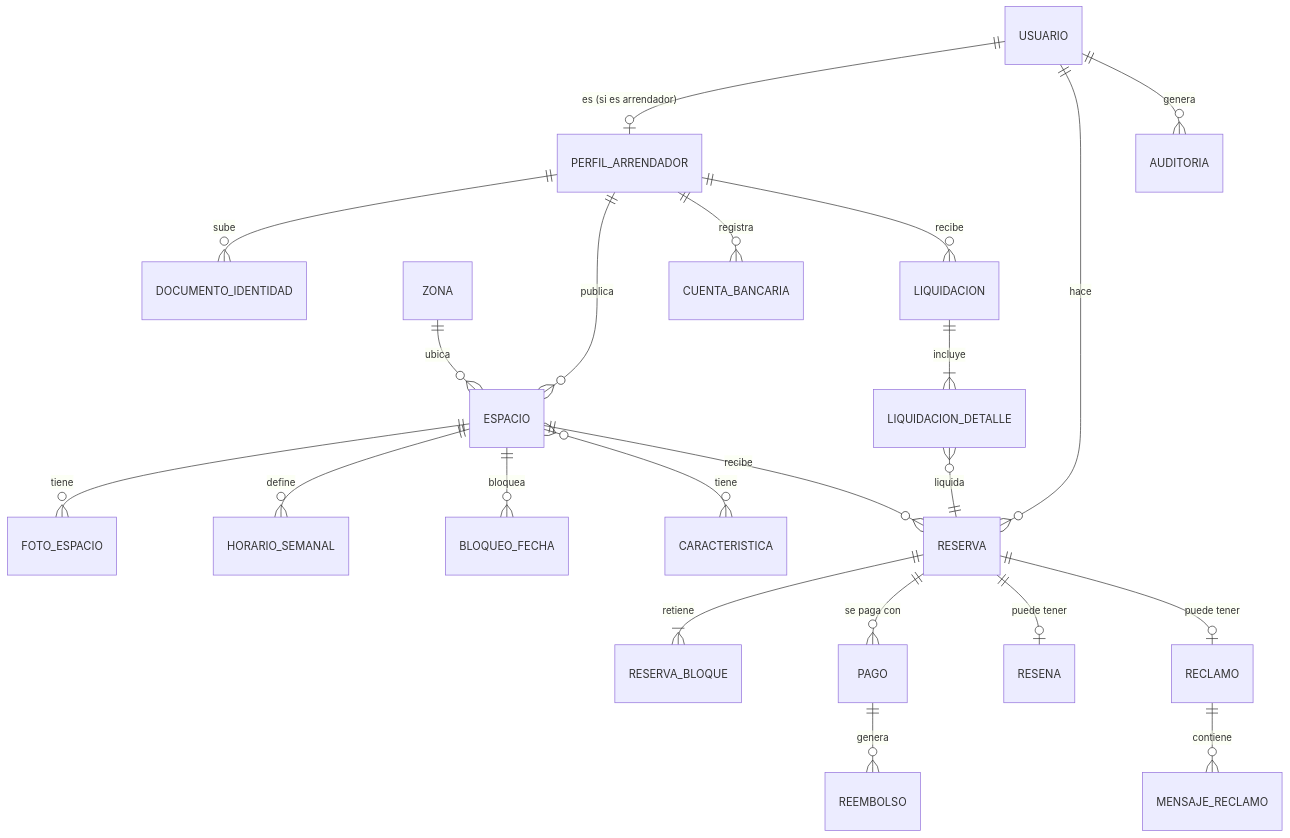
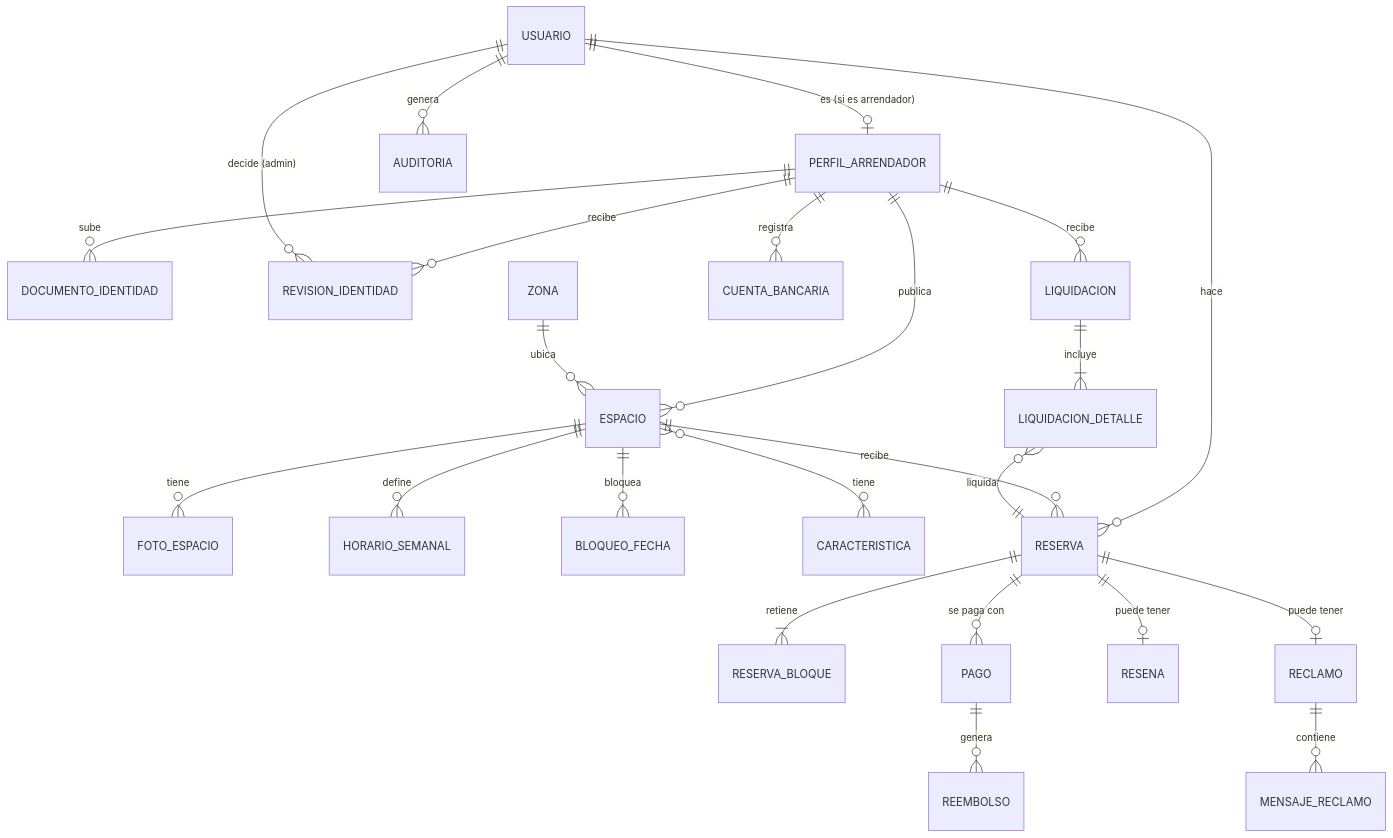
One commit to JorgeTQB/EspacioYa-Marketplace changed the diagram in docs/modelo-datos.md. Above: the diagram before and after it, drawn with Mermaid. The commit also changed other lines of this file and 72 other files, not shown here.

````diff
--- a/docs/modelo-datos.md
+++ b/docs/modelo-datos.md
@@ -57,24 +58,26 @@
 ```mermaid
 erDiagram
   USUARIO ||--o| PERFIL_ARRENDADOR : "es (si es arrendador)"
   PERFIL_ARRENDADOR ||--o{ DOCUMENTO_IDENTIDAD : sube
+  PERFIL_ARRENDADOR ||--o{ REVISION_IDENTIDAD : "recibe"
+  USUARIO ||--o{ REVISION_IDENTIDAD : "decide (admin)"
   PERFIL_ARRENDADOR ||--o{ ESPACIO : publica
   ZONA ||--o{ ESPACIO : ubica
   PERFIL_ARRENDADOR ||--o{ CUENTA_BANCARIA : registra
   PERFIL_ARRENDADOR ||--o{ LIQUIDACION : recibe
   ESPACIO ||--o{ FOTO_ESPACIO : tiene
   ESPACIO ||--o{ HORARIO_SEMANAL : define
   ESPACIO ||--o{ BLOQUEO_FECHA : bloquea
   ESPACIO }o--o{ CARACTERISTICA : tiene
   USUARIO ||--o{ RESERVA : hace
   ESPACIO ||--o{ RESERVA : recibe
   RESERVA ||--|{ RESERVA_BLOQUE : retiene
   RESERVA ||--o{ PAGO : "se paga con"
   PAGO ||--o{ REEMBOLSO : genera
   LIQUIDACION ||--|{ LIQUIDACION_DETALLE : incluye
   LIQUIDACION_DETALLE }o--|| RESERVA : liquida
   RESERVA ||--o| RESENA : "puede tener"
   RESERVA ||--o| RECLAMO : "puede tener"
   RECLAMO ||--o{ MENSAJE_RECLAMO : contiene
   USUARIO ||--o{ AUDITORIA : genera
 ```
````
